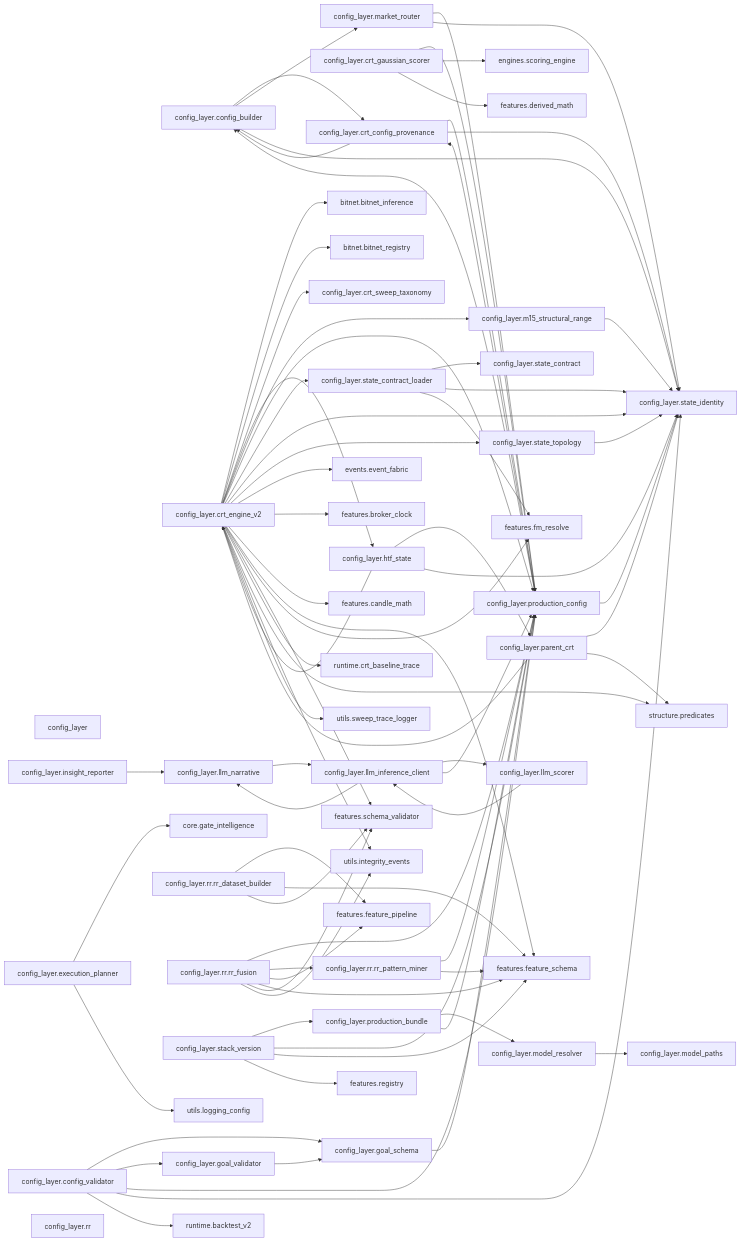
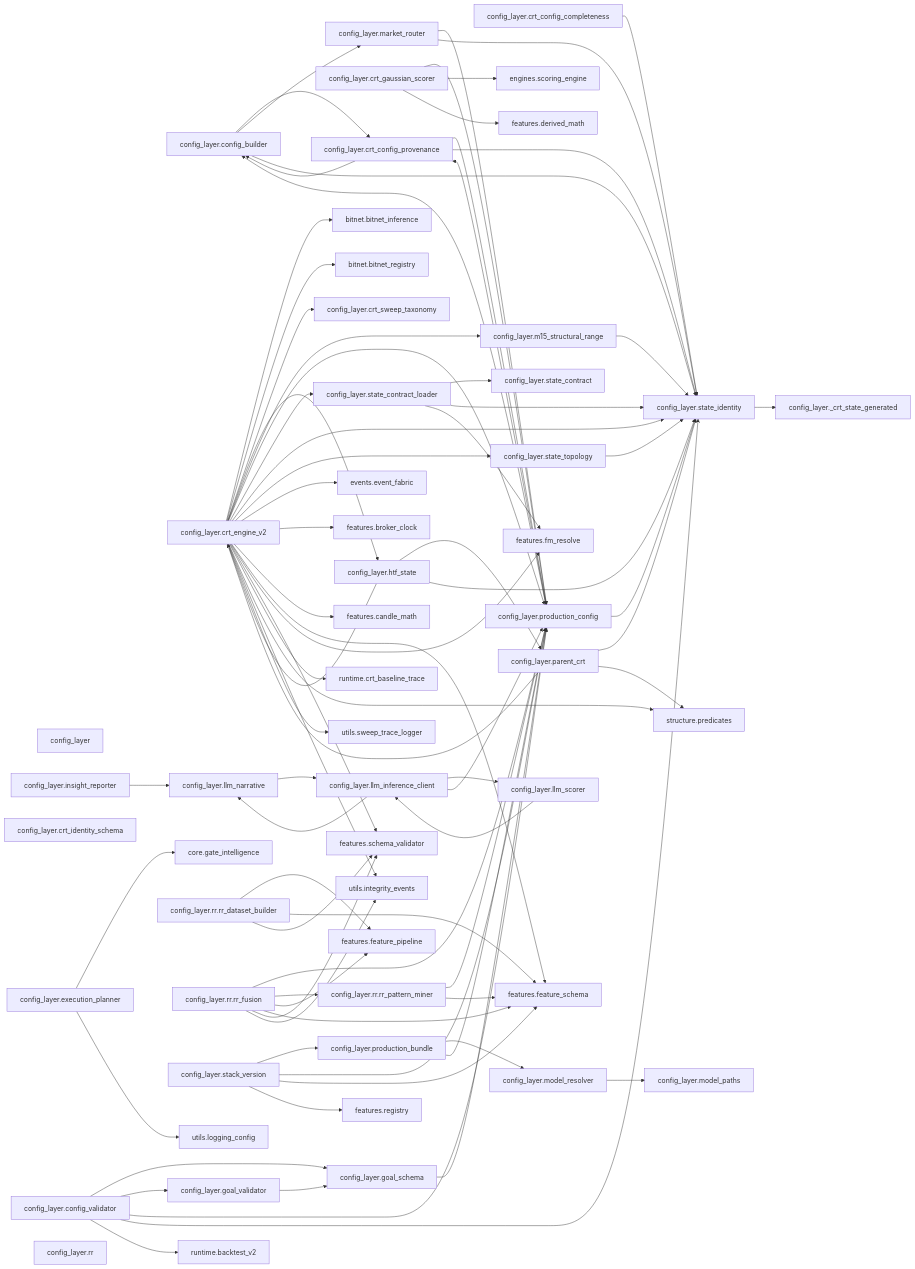
The seventh of 41 diagrams in docs/architecture/code-map.generated.md (Chaithu1995-0312/TradeHlt), drawn with Mermaid before and after one commit. The commit also changed other lines of this file and 39 other files, not shown here.

First line of the commit message:
docs: F-064 full-corpus re-measurement, feature-schema walk, architecture map sync

````diff
--- a/docs/architecture/code-map.generated.md
+++ b/docs/architecture/code-map.generated.md
@@ -433,11 +508,14 @@
 ```mermaid
 flowchart LR
     config_layer["config_layer"]
+    config_layer__crt_state_generated["config_layer._crt_state_generated"]
     config_layer_config_builder["config_layer.config_builder"]
     config_layer_config_validator["config_layer.config_validator"]
+    config_layer_crt_config_completeness["config_layer.crt_config_completeness"]
     config_layer_crt_config_provenance["config_layer.crt_config_provenance"]
     config_layer_crt_engine_v2["config_layer.crt_engine_v2"]
     config_layer_crt_gaussian_scorer["config_layer.crt_gaussian_scorer"]
+    config_layer_crt_identity_schema["config_layer.crt_identity_schema"]
     config_layer_crt_sweep_taxonomy["config_layer.crt_sweep_taxonomy"]
     config_layer_execution_planner["config_layer.execution_planner"]
     config_layer_goal_schema["config_layer.goal_schema"]
@@ -490,6 +568,7 @@
     config_layer_config_validator --> config_layer_production_config
     config_layer_config_validator --> config_layer_state_identity
     config_layer_config_validator --> runtime_backtest_v2
+    config_layer_crt_config_completeness --> config_layer_state_identity
     config_layer_crt_config_provenance --> config_layer_config_builder
     config_layer_crt_config_provenance --> config_layer_production_config
     config_layer_crt_config_provenance --> config_layer_state_identity
@@ -558,5 +637,6 @@
     config_layer_state_contract_loader --> config_layer_state_contract
     config_layer_state_contract_loader --> config_layer_state_identity
     config_layer_state_contract_loader --> features_fm_resolve
+    config_layer_state_identity --> config_layer__crt_state_generated
     config_layer_state_topology --> config_layer_state_identity
 ```
````
